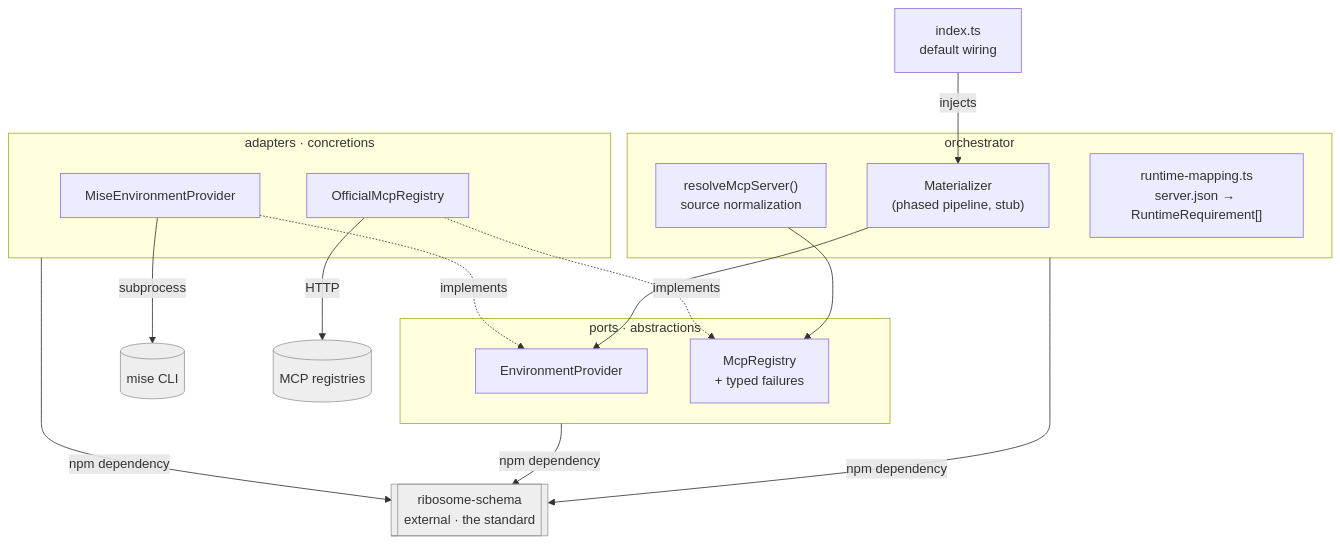
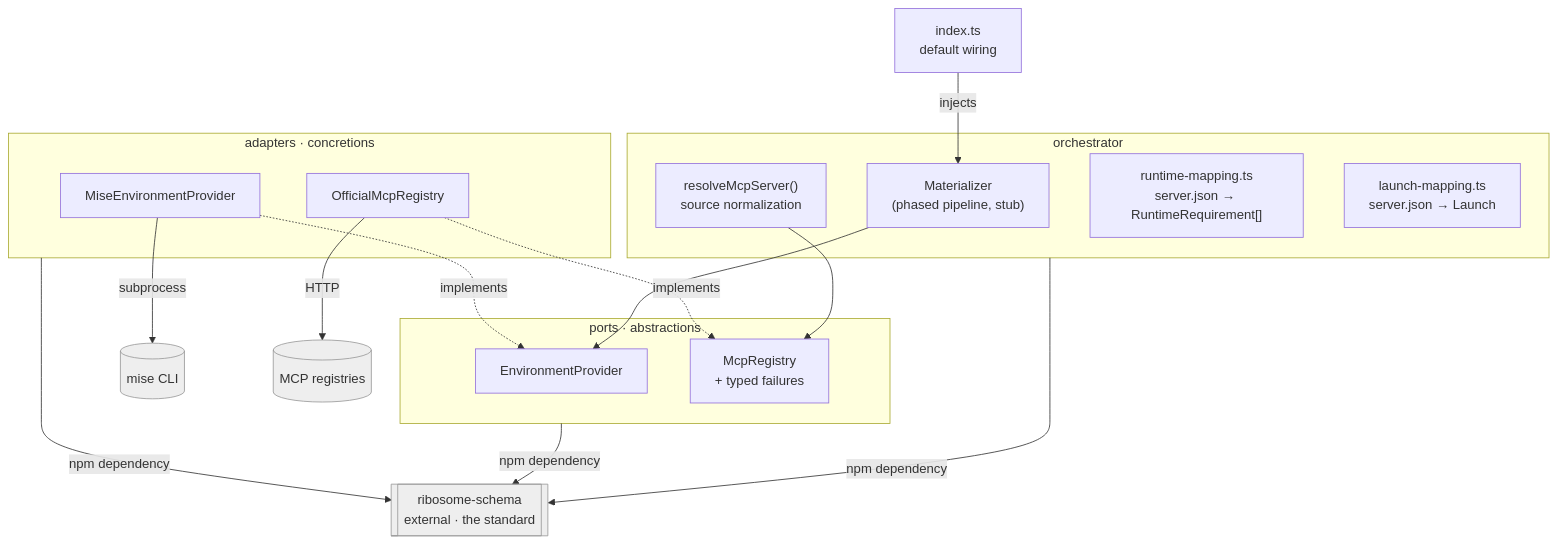
One commit to medullaflow/ribosome changed the second of 3 diagrams in docs/ARCHITECTURE.md. Above: the diagram before and after it, drawn with Mermaid. The commit also changed other lines of this file and 3 other files, not shown here.

````diff
--- a/docs/ARCHITECTURE.md
+++ b/docs/ARCHITECTURE.md
@@ -62,34 +62,35 @@
 ```mermaid
 flowchart TD
     IDX["index.ts<br/>default wiring"]
     subgraph ORCH["orchestrator"]
       MAT["Materializer<br/>(phased pipeline, stub)"]
       RESOLVE["resolveMcpServer()<br/>source normalization"]
       RTMAP["runtime-mapping.ts<br/>server.json → RuntimeRequirement[]"]
+      LAUNCH["launch-mapping.ts<br/>server.json → Launch"]
     end
     subgraph PORTS["ports · abstractions"]
       EP["EnvironmentProvider"]
       MR["McpRegistry<br/>+ typed failures"]
     end
     subgraph ADAPT["adapters · concretions"]
       MISEA["MiseEnvironmentProvider"]
       REGA["OfficialMcpRegistry"]
     end
     SCHEMA[["ribosome-schema<br/>external · the standard"]]
     MISECLI[("mise CLI")]
     REGAPI[("MCP registries")]
 
     IDX -->|injects| MAT
     MAT --> EP
     RESOLVE --> MR
     MISEA -. implements .-> EP
     REGA -. implements .-> MR
     MISEA -->|subprocess| MISECLI
     REGA -->|HTTP| REGAPI
     ORCH -->|npm dependency| SCHEMA
     PORTS -->|npm dependency| SCHEMA
     ADAPT -->|npm dependency| SCHEMA
 
     classDef ext fill:#eee,stroke:#999,color:#333;
     class SCHEMA,MISECLI,REGAPI ext;
 ```
````
